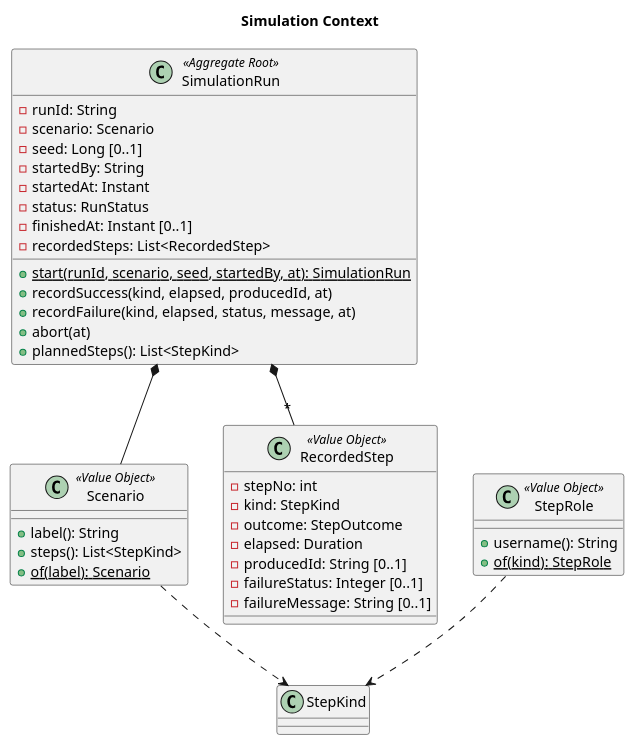
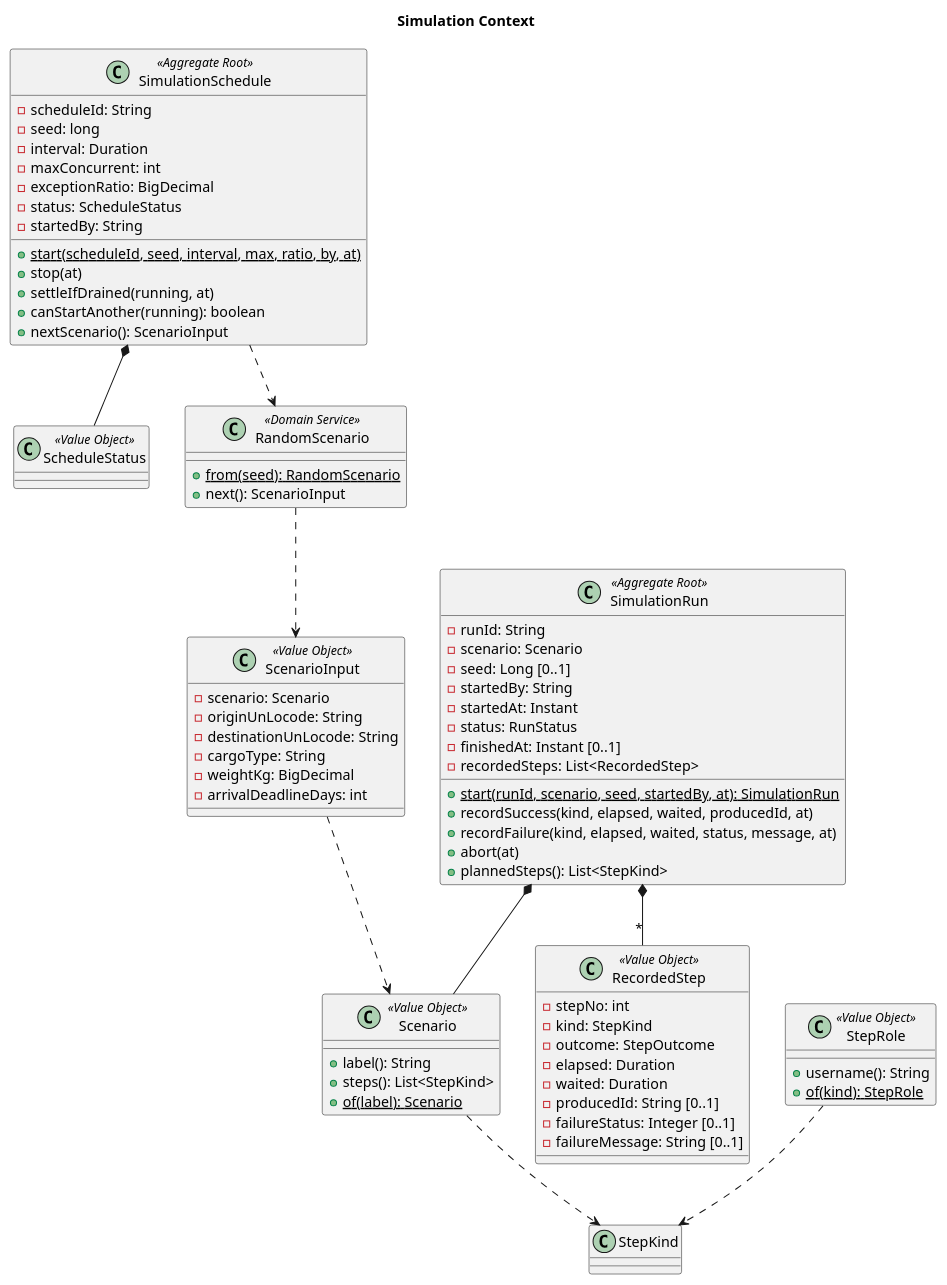
Diagram 12 of 14 in docs/design/cargo-tracker/domain-model.md (k2works/case-study-cargo-tracker), drawn with PlantUML before and after one commit. The commit also changed other lines of this file and 15 other files, not shown here.

````diff
--- a/docs/design/cargo-tracker/domain-model.md
+++ b/docs/design/cargo-tracker/domain-model.md
@@ -1322,44 +1323,77 @@
 ```plantuml
 @startuml
 title Simulation Context
 
 class SimulationRun <<Aggregate Root>> {
   - runId: String
   - scenario: Scenario
   - seed: Long [0..1]
   - startedBy: String
   - startedAt: Instant
   - status: RunStatus
   - finishedAt: Instant [0..1]
   - recordedSteps: List<RecordedStep>
   + {static} start(runId, scenario, seed, startedBy, at): SimulationRun
-  + recordSuccess(kind, elapsed, producedId, at)
-  + recordFailure(kind, elapsed, status, message, at)
+  + recordSuccess(kind, elapsed, waited, producedId, at)
+  + recordFailure(kind, elapsed, waited, status, message, at)
   + abort(at)
   + plannedSteps(): List<StepKind>
 }
 class Scenario <<Value Object>> {
   + label(): String
   + steps(): List<StepKind>
   + {static} of(label): Scenario
 }
 class RecordedStep <<Value Object>> {
   - stepNo: int
   - kind: StepKind
   - outcome: StepOutcome
   - elapsed: Duration
+  - waited: Duration
   - producedId: String [0..1]
   - failureStatus: Integer [0..1]
   - failureMessage: String [0..1]
 }
 class StepRole <<Value Object>> {
   + username(): String
   + {static} of(kind): StepRole
 }
 
+class SimulationSchedule <<Aggregate Root>> {
+  - scheduleId: String
+  - seed: long
+  - interval: Duration
+  - maxConcurrent: int
+  - exceptionRatio: BigDecimal
+  - status: ScheduleStatus
+  - startedBy: String
+  + {static} start(scheduleId, seed, interval, max, ratio, by, at)
+  + stop(at)
+  + settleIfDrained(running, at)
+  + canStartAnother(running): boolean
+  + nextScenario(): ScenarioInput
+}
+class ScheduleStatus <<Value Object>>
+class RandomScenario <<Domain Service>> {
+  + {static} from(seed): RandomScenario
+  + next(): ScenarioInput
+}
+class ScenarioInput <<Value Object>> {
+  - scenario: Scenario
+  - originUnLocode: String
+  - destinationUnLocode: String
+  - cargoType: String
+  - weightKg: BigDecimal
+  - arrivalDeadlineDays: int
+}
+
 SimulationRun *-- Scenario
 SimulationRun *-- "*" RecordedStep
+SimulationSchedule *-- ScheduleStatus
+SimulationSchedule ..> RandomScenario
+RandomScenario ..> ScenarioInput
+ScenarioInput ..> Scenario
 Scenario ..> StepKind
 StepRole ..> StepKind
 @enduml
 ```
````
